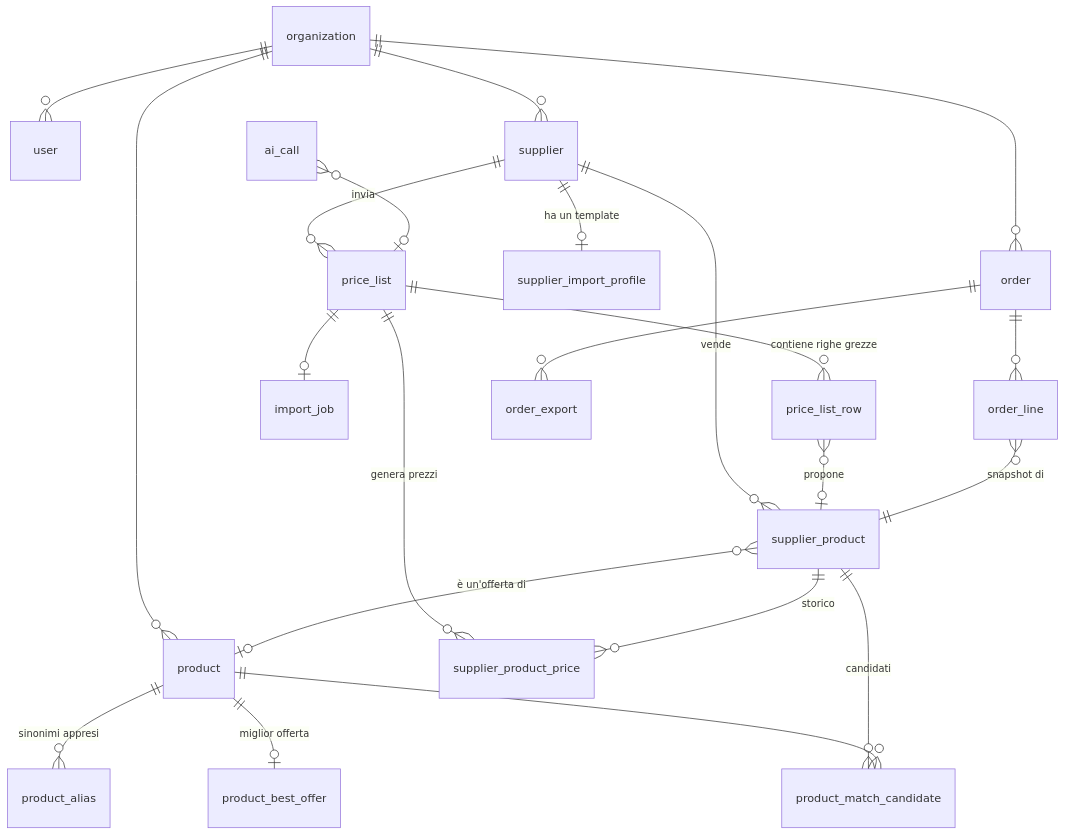
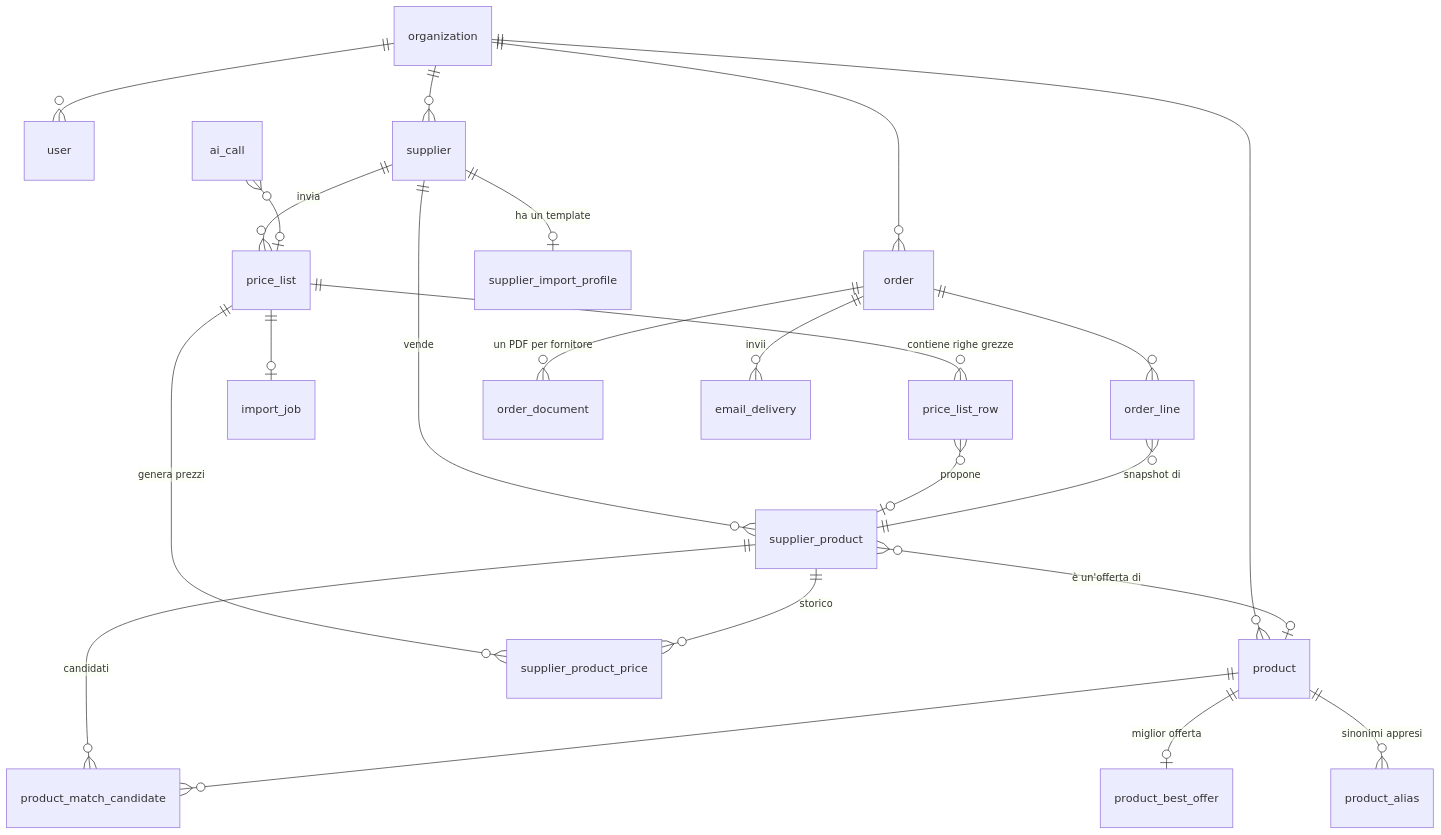
One commit to Fili0312/gelateria-guido changed the diagram in docs/ANALISI.md. Above: the diagram before and after it, drawn with Mermaid. The commit also changed other lines of this file and 3 other files, not shown here.

First line of the commit message:
Roadmap: listino legato a fornitore+copertura, PDF per fornitore, invio email

````diff
--- a/docs/ANALISI.md
+++ b/docs/ANALISI.md
@@ -414,31 +450,32 @@
 ```mermaid
 erDiagram
     organization ||--o{ user : ""
     organization ||--o{ supplier : ""
     organization ||--o{ product : ""
     organization ||--o{ order : ""
 
     supplier ||--o{ price_list : "invia"
     supplier ||--o{ supplier_product : "vende"
     supplier ||--o| supplier_import_profile : "ha un template"
 
     price_list ||--o{ price_list_row : "contiene righe grezze"
     price_list ||--o| import_job : ""
     price_list ||--o{ supplier_product_price : "genera prezzi"
 
     price_list_row }o--o| supplier_product : "propone"
 
     supplier_product }o--o| product : "è un'offerta di"
     supplier_product ||--o{ supplier_product_price : "storico"
     supplier_product ||--o{ product_match_candidate : "candidati"
 
     product ||--o{ product_alias : "sinonimi appresi"
     product ||--o| product_best_offer : "miglior offerta"
     product ||--o{ product_match_candidate : ""
 
     order ||--o{ order_line : ""
-    order ||--o{ order_export : ""
+    order ||--o{ order_document : "un PDF per fornitore"
+    order ||--o{ email_delivery : "invii"
     order_line }o--|| supplier_product : "snapshot di"
 
     ai_call }o--o| price_list : ""
 ```
````
